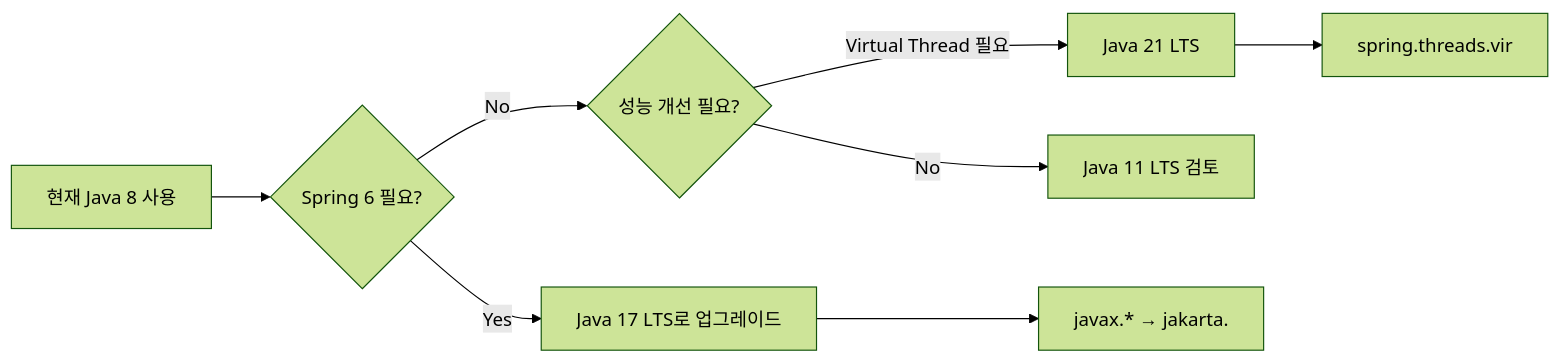
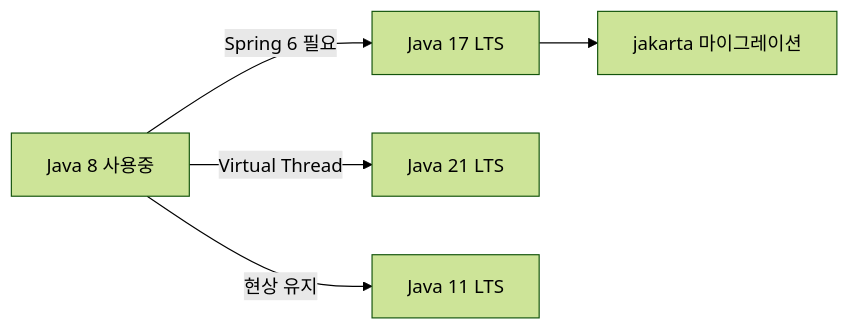
The third of 3 diagrams in _posts/java/2026-05-02-java-versions.md (yjkim2015/yjkim2015.github.io), drawn with Mermaid (forest theme) before and after one commit. The commit also changed other lines of this file and 84 other files, not shown here.

First line of the commit message:
85개 포스트 Mermaid 다이어그램 규칙 일괄 수정

````diff
--- a/_posts/java/2026-05-02-java-versions.md
+++ b/_posts/java/2026-05-02-java-versions.md
@@ -886,10 +886,7 @@
 ```mermaid
-flowchart LR
-    A["현재 Java 8 사용"] --> B{"Spring 6 필요?"}
-    B -->|Yes| C["Java 17 LTS로 업그레이드"]
-    B -->|No| D{"성능 개선 필요?"}
-    D -->|"Virtual Thread 필요"| E["Java 21 LTS"]
-    D -->|No| F["Java 11 LTS 검토"]
-    C --> G["javax.* → jakarta."]
-    E --> I["spring.threads.vir"]
+graph LR
+    A["Java 8 사용중"] -->|"Spring 6 필요"| C["Java 17 LTS"]
+    A -->|"Virtual Thread"| E["Java 21 LTS"]
+    A -->|"현상 유지"| F["Java 11 LTS"]
+    C --> G["jakarta 마이그레이션"]
 ```
````
